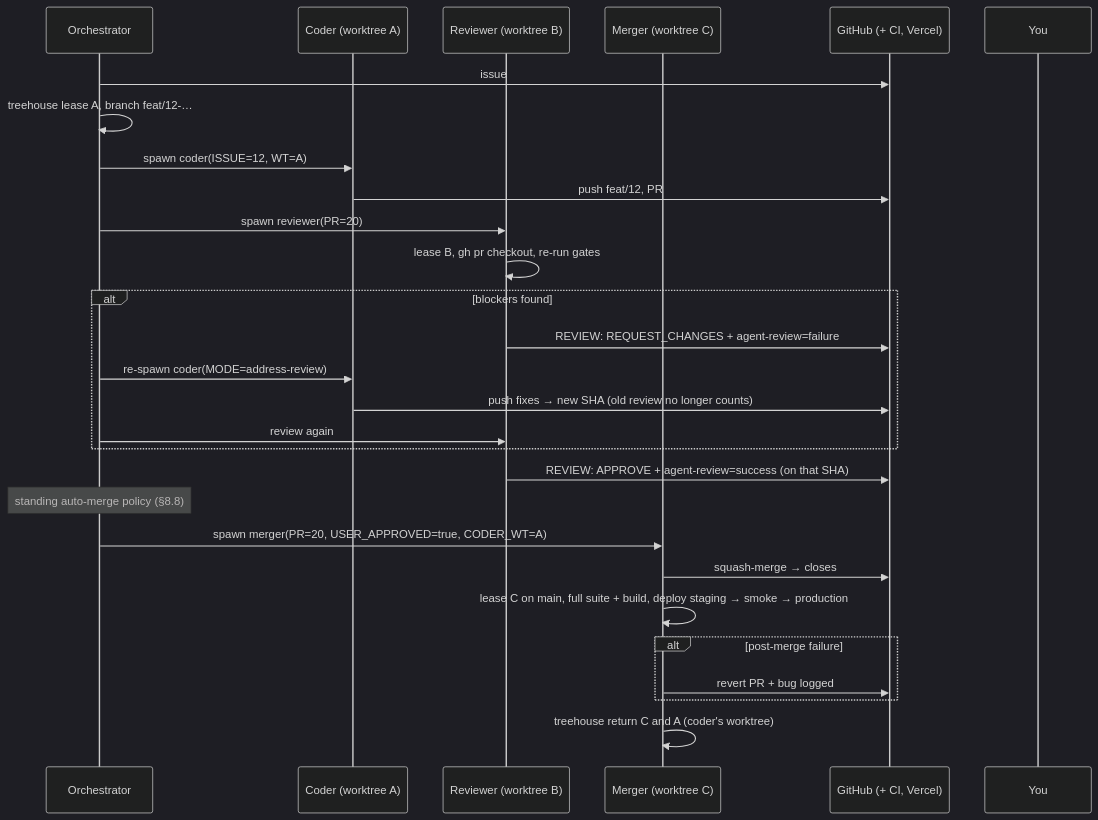
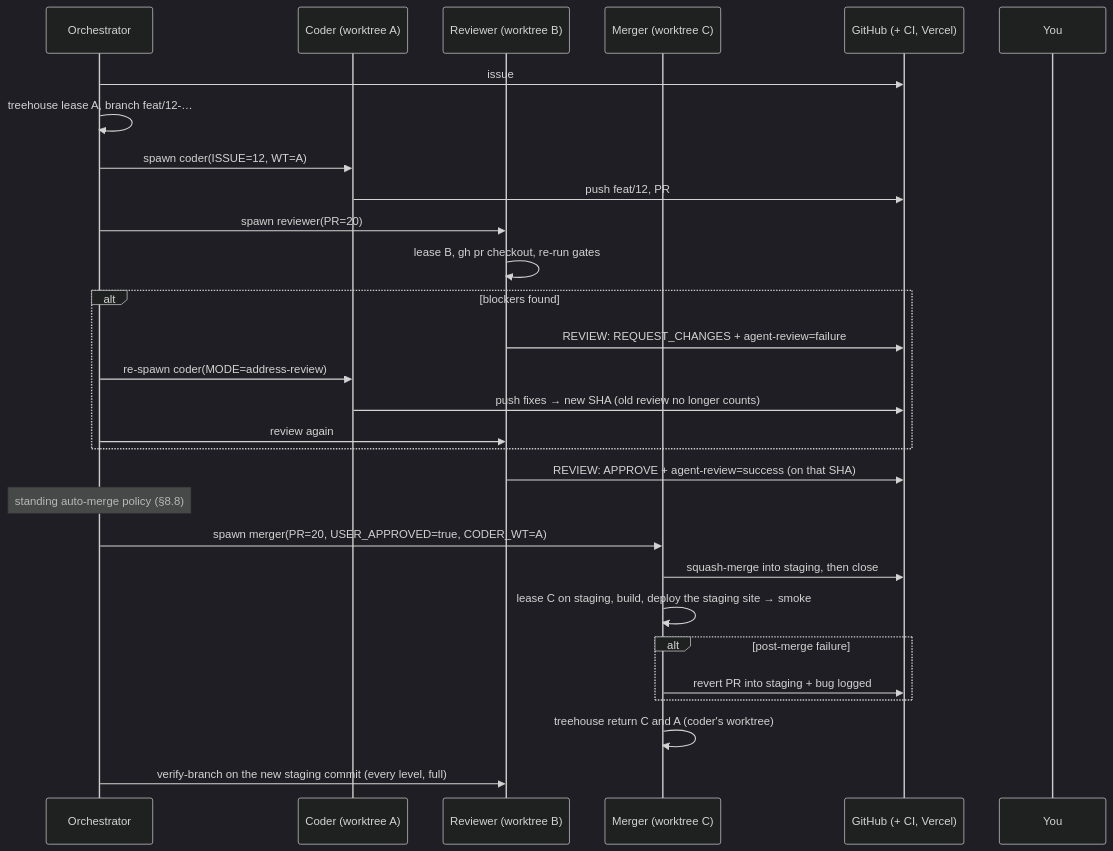
Before and after one commit to dangnguyenducanh/Zalo-Tele-intergrated-financial-apps: the first of 2 diagrams in docs/08-agent-workflow.md, drawn with Mermaid (dark theme). The commit also changed other lines of this file and 7 other files, not shown here.

First line of the commit message:
docs(harness): fix staging-first flow gaps from review round 1

````diff
--- a/docs/08-agent-workflow.md
+++ b/docs/08-agent-workflow.md
@@ -34,30 +34,31 @@
 ```mermaid
 sequenceDiagram
     participant O as Orchestrator
     participant C as Coder (worktree A)
     participant R as Reviewer (worktree B)
     participant M as Merger (worktree C)
     participant G as GitHub (+ CI, Vercel)
     participant U as You
     O->>G: issue #12 ready (status:ready)
     O->>O: treehouse lease A, branch feat/12-…
     O->>C: spawn coder(ISSUE=12, WT=A)
-    C->>G: push feat/12, PR #20 (status:in-review) → CI runs
+    C->>G: push feat/12, PR #20 into staging (status:in-review) → CI runs
     O->>R: spawn reviewer(PR=20)
     R->>R: lease B, gh pr checkout, re-run gates
     alt blockers found
         R->>G: REVIEW: REQUEST_CHANGES + agent-review=failure
         O->>C: re-spawn coder(MODE=address-review)
         C->>G: push fixes → new SHA (old review no longer counts)
         O->>R: review again
     end
     R->>G: REVIEW: APPROVE + agent-review=success (on that SHA)
     Note over O: standing auto-merge policy (§8.8)
     O->>M: spawn merger(PR=20, USER_APPROVED=true, CODER_WT=A)
-    M->>G: squash-merge → closes #12
-    M->>M: lease C on main, full suite + build, deploy staging → smoke → production
+    M->>G: squash-merge into staging, then close #12 (Closes only fires on main)
+    M->>M: lease C on staging, build, deploy the staging site → smoke
     alt post-merge failure
-        M->>G: revert PR + bug logged
+        M->>G: revert PR into staging + bug logged
     end
     M->>M: treehouse return C and A (coder's worktree)
+    O->>R: verify-branch on the new staging commit (every level, full)
 ```
````
